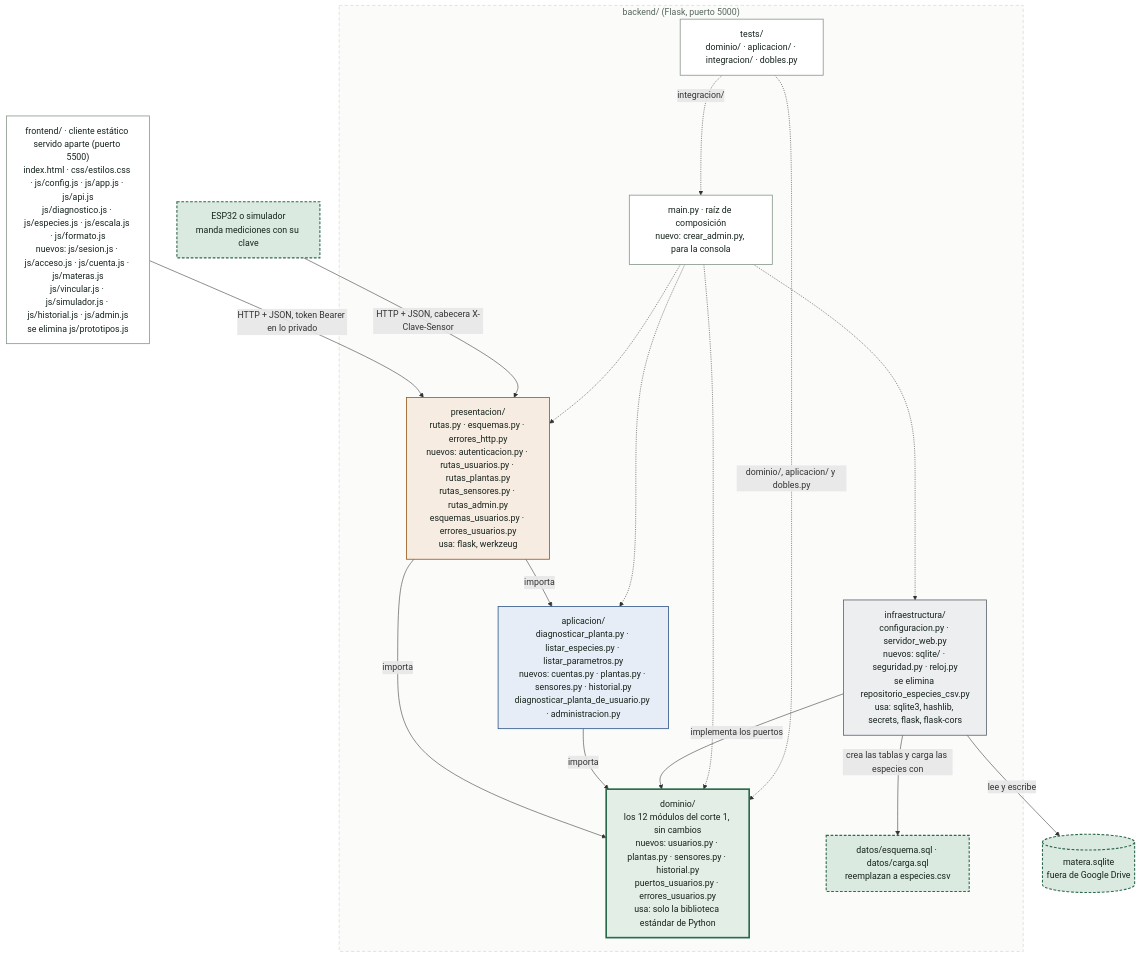
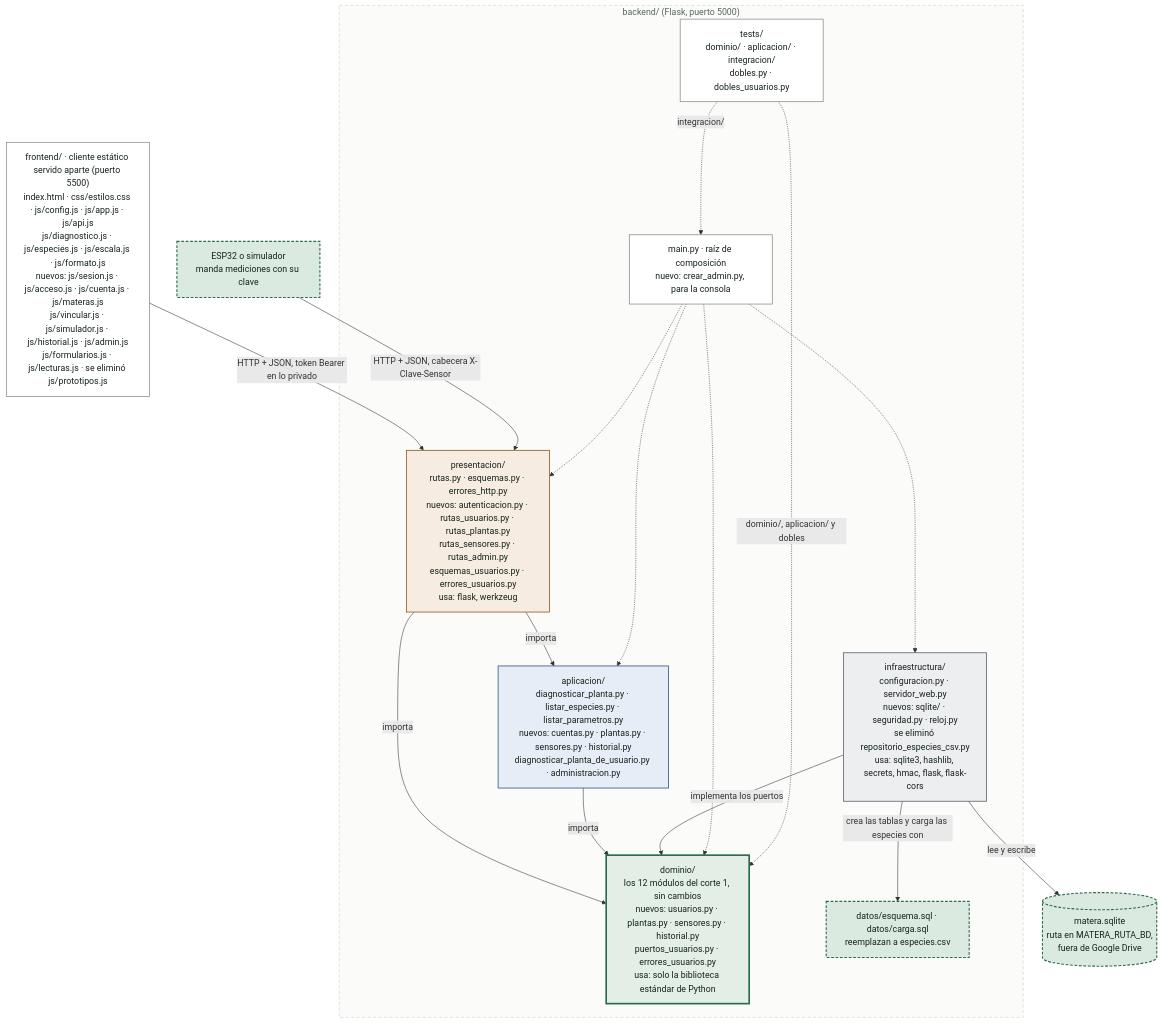
Before and after one commit to Pipelol0723/matera-inteligente: the diagram in docs/diagramas/paquetes-corte2.mmd, drawn with Mermaid. The commit also changed 30 other files, not shown here.

First line of the commit message:
Docs: diagramas del corte 2 ajustados a lo implementado

```diff
--- a/docs/diagramas/paquetes-corte2.mmd
+++ b/docs/diagramas/paquetes-corte2.mmd
@@ -1,47 +1,47 @@
-%% Diagrama de paquetes del corte 2 (diseño, todavía sin código). Misma forma que paquetes.mmd:
+%% Diagrama de paquetes del corte 2 (implementado). Misma forma que paquetes.mmd:
 %% cada caja es una carpeta y dice qué archivos se agregan y cuáles se eliminan. Punteado: nodos nuevos.
 flowchart TB
-    FRONT["frontend/ · cliente estático servido aparte (puerto 5500)<br/>index.html · css/estilos.css · js/config.js · js/app.js · js/api.js<br/>js/diagnostico.js · js/especies.js · js/escala.js · js/formato.js<br/>nuevos: js/sesion.js · js/acceso.js · js/cuenta.js · js/materas.js<br/>js/vincular.js · js/simulador.js · js/historial.js · js/admin.js<br/>se elimina js/prototipos.js"]
+    FRONT["frontend/ · cliente estático servido aparte (puerto 5500)<br/>index.html · css/estilos.css · js/config.js · js/app.js · js/api.js<br/>js/diagnostico.js · js/especies.js · js/escala.js · js/formato.js<br/>nuevos: js/sesion.js · js/acceso.js · js/cuenta.js · js/materas.js<br/>js/vincular.js · js/simulador.js · js/historial.js · js/admin.js<br/>js/formularios.js · js/lecturas.js · se eliminó js/prototipos.js"]
     ESP["ESP32 o simulador<br/>manda mediciones con su clave"]
 
     subgraph BACKEND["backend/ (Flask, puerto 5000)"]
         MAIN["main.py · raíz de composición<br/>nuevo: crear_admin.py, para la consola"]
         PRES["presentacion/<br/>rutas.py · esquemas.py · errores_http.py<br/>nuevos: autenticacion.py · rutas_usuarios.py · rutas_plantas.py<br/>rutas_sensores.py · rutas_admin.py<br/>esquemas_usuarios.py · errores_usuarios.py<br/>usa: flask, werkzeug"]
         APP["aplicacion/<br/>diagnosticar_planta.py · listar_especies.py · listar_parametros.py<br/>nuevos: cuentas.py · plantas.py · sensores.py · historial.py<br/>diagnosticar_planta_de_usuario.py · administracion.py"]
         DOM["dominio/<br/>los 12 módulos del corte 1, sin cambios<br/>nuevos: usuarios.py · plantas.py · sensores.py · historial.py<br/>puertos_usuarios.py · errores_usuarios.py<br/>usa: solo la biblioteca estándar de Python"]
-        INFRA["infraestructura/<br/>configuracion.py · servidor_web.py<br/>nuevos: sqlite/ · seguridad.py · reloj.py<br/>se elimina repositorio_especies_csv.py<br/>usa: sqlite3, hashlib, secrets, flask, flask-cors"]
+        INFRA["infraestructura/<br/>configuracion.py · servidor_web.py<br/>nuevos: sqlite/ · seguridad.py · reloj.py<br/>se eliminó repositorio_especies_csv.py<br/>usa: sqlite3, hashlib, secrets, hmac, flask, flask-cors"]
         SQL["datos/esquema.sql · datos/carga.sql<br/>reemplazan a especies.csv"]
-        TESTS["tests/<br/>dominio/ · aplicacion/ · integracion/ · dobles.py"]
+        TESTS["tests/<br/>dominio/ · aplicacion/ · integracion/<br/>dobles.py · dobles_usuarios.py"]
     end
-    BD[("matera.sqlite<br/>fuera de Google Drive")]
+    BD[("matera.sqlite<br/>ruta en MATERA_RUTA_BD,<br/>fuera de Google Drive")]
 
     FRONT -->|"HTTP + JSON, token Bearer en lo privado"| PRES
     ESP -->|"HTTP + JSON, cabecera X-Clave-Sensor"| PRES
     PRES -->|"importa"| APP
     PRES -->|"importa"| DOM
     APP -->|"importa"| DOM
     INFRA -->|"implementa los puertos"| DOM
     INFRA -->|"crea las tablas y carga las especies con"| SQL
     INFRA -->|"lee y escribe"| BD
 
     MAIN -.-> PRES
     MAIN -.-> APP
     MAIN -.-> DOM
     MAIN -.-> INFRA
-    TESTS -.->|"dominio/, aplicacion/ y dobles.py"| DOM
+    TESTS -.->|"dominio/, aplicacion/ y dobles"| DOM
     TESTS -.->|"integracion/"| MAIN
 
     classDef presentacion fill:#f6ece2,stroke:#9a5b1e,stroke-width:1.5px,color:#16231b
     classDef aplicacion fill:#e6edf6,stroke:#33598a,stroke-width:1.5px,color:#16231b
     classDef dominio fill:#e3eee7,stroke:#2c6a4e,stroke-width:3px,color:#16231b
     classDef infraestructura fill:#eceef0,stroke:#5e6670,stroke-width:1.5px,color:#16231b
     classDef neutro fill:#ffffff,stroke:#8a9a8e,stroke-width:1.5px,color:#16231b
     classDef nuevo fill:#dbeae0,stroke:#2e6a4e,stroke-width:2px,stroke-dasharray:5 3,color:#16231b
 
     class PRES presentacion
     class APP aplicacion
     class DOM dominio
     class INFRA infraestructura
     class FRONT,MAIN,TESTS neutro
     class ESP,SQL,BD nuevo
     style BACKEND fill:#fbfcfa,stroke:#c3d3c4,stroke-dasharray:6 4,color:#56655b
```
